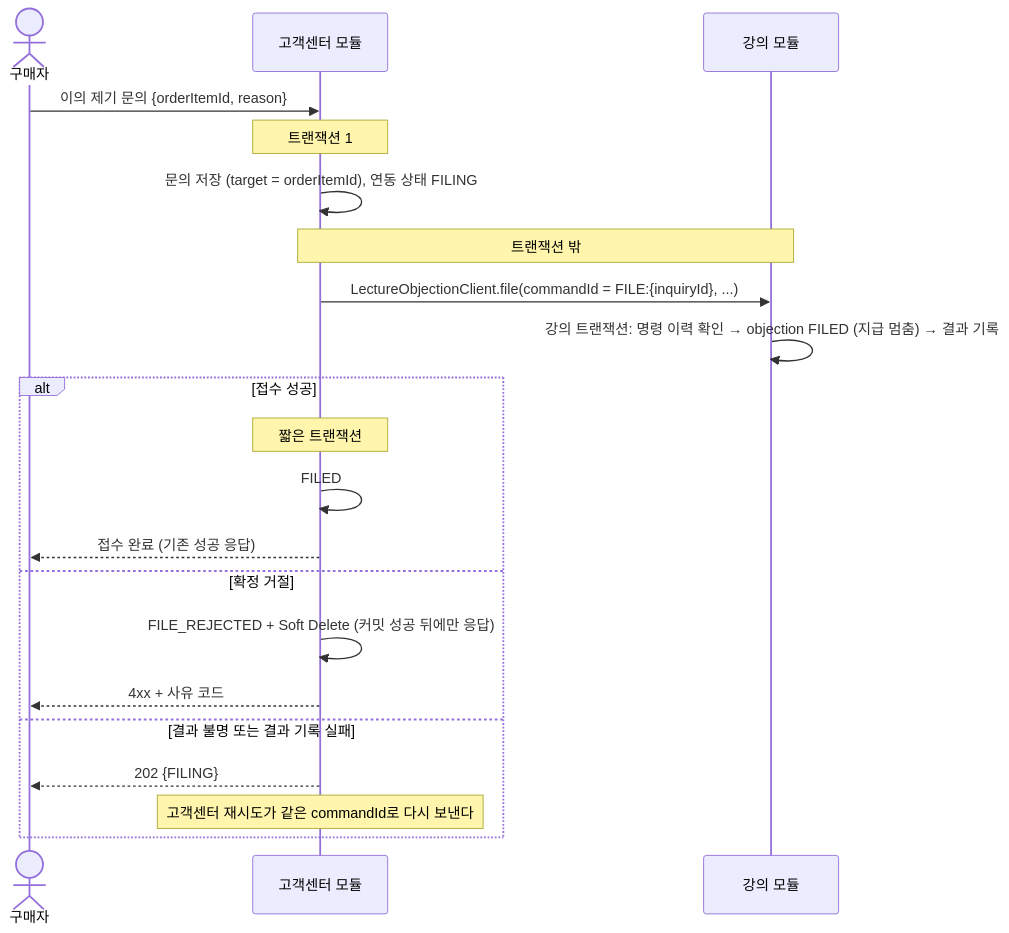
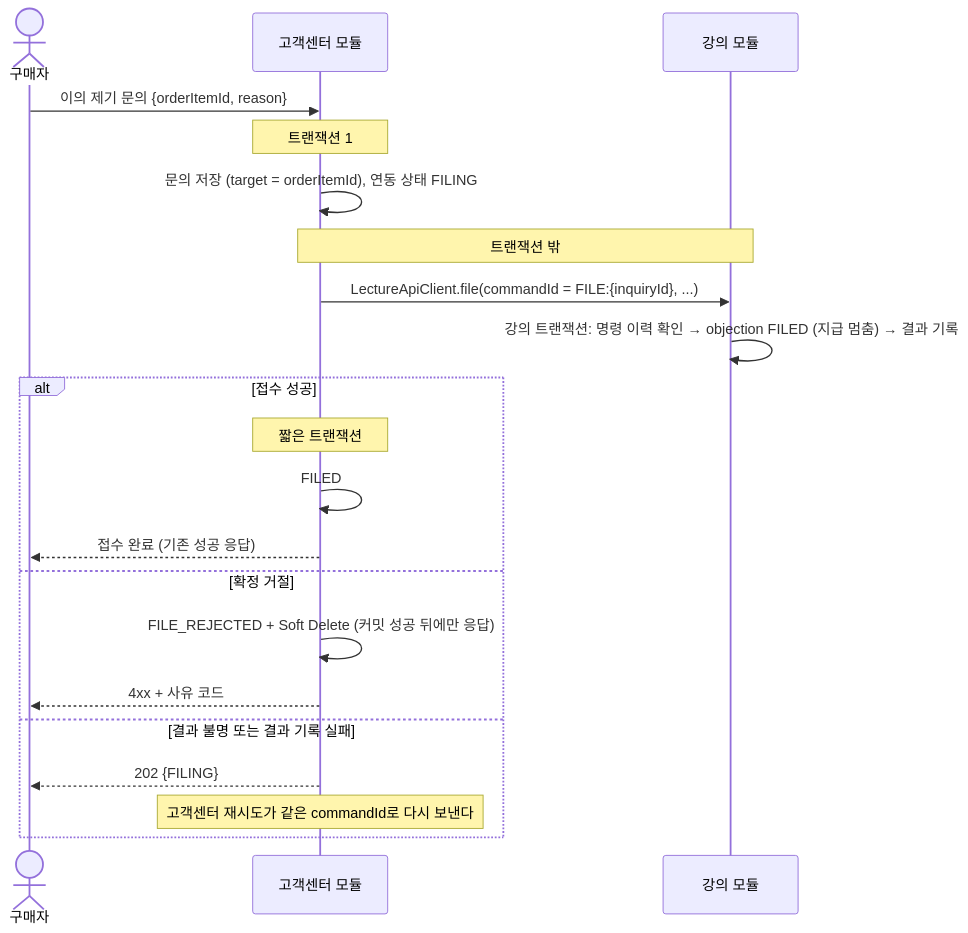
Before and after one commit to prgrms-be-adv-devcourse/beadv8_8_LMS_BE: the eighth of 9 diagrams in docs/design/lecture-module.md, drawn with Mermaid. The commit also changed other lines of this file, not shown here.

````diff
--- a/docs/design/lecture-module.md
+++ b/docs/design/lecture-module.md
@@ -613,23 +619,23 @@
 ```mermaid
 sequenceDiagram
     actor B as 구매자
     participant CS as 고객센터 모듈
     participant LEC as 강의 모듈
     B->>CS: 이의 제기 문의 {orderItemId, reason}
     Note over CS: 트랜잭션 1
     CS->>CS: 문의 저장 (target = orderItemId), 연동 상태 FILING
     Note over CS,LEC: 트랜잭션 밖
-    CS->>LEC: LectureObjectionClient.file(commandId = FILE:{inquiryId}, ...)
+    CS->>LEC: LectureApiClient.file(commandId = FILE:{inquiryId}, ...)
     LEC->>LEC: 강의 트랜잭션: 명령 이력 확인 → objection FILED (지급 멈춤) → 결과 기록
     alt 접수 성공
         Note over CS: 짧은 트랜잭션
         CS->>CS: FILED
         CS-->>B: 접수 완료 (기존 성공 응답)
     else 확정 거절
         CS->>CS: FILE_REJECTED + Soft Delete (커밋 성공 뒤에만 응답)
         CS-->>B: 4xx + 사유 코드
     else 결과 불명 또는 결과 기록 실패
         CS-->>B: 202 {FILING}
         Note over CS: 고객센터 재시도가 같은 commandId로 다시 보낸다
     end
 ```
````
